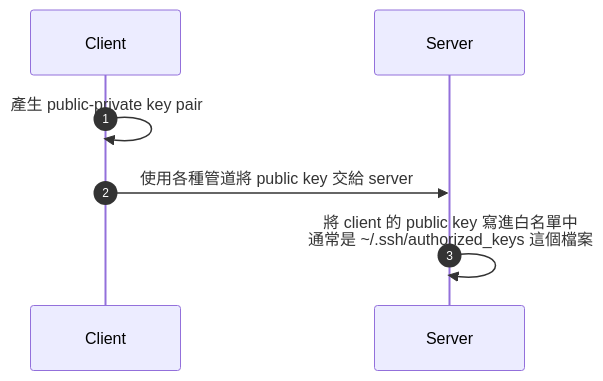
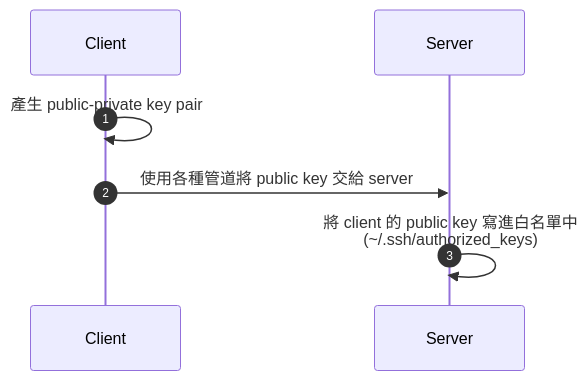
One commit to bingyangchen/KM-software changed the third of 7 diagrams in Network/SSH 基本概念.md. Above: the diagram before and after it, drawn with Mermaid. The commit also changed other lines of this file and 58 other files, not shown here.

````diff
--- a/Network/SSH 基本概念.md
+++ b/Network/SSH 基本概念.md
@@ -100,7 +102,7 @@
     ```mermaid
     sequenceDiagram
         autonumber
         Client->>Client: 產生 public-private key pair
         Client->>Server: 使用各種管道將 public key 交給 server
-        Server->>Server: 將 client 的 public key 寫進白名單中<br/>通常是 ~/.ssh/authorized_keys 這個檔案
+        Server->>Server: 將 client 的 public key 寫進白名單中<br/>(~/.ssh/authorized_keys)
     ```
````
